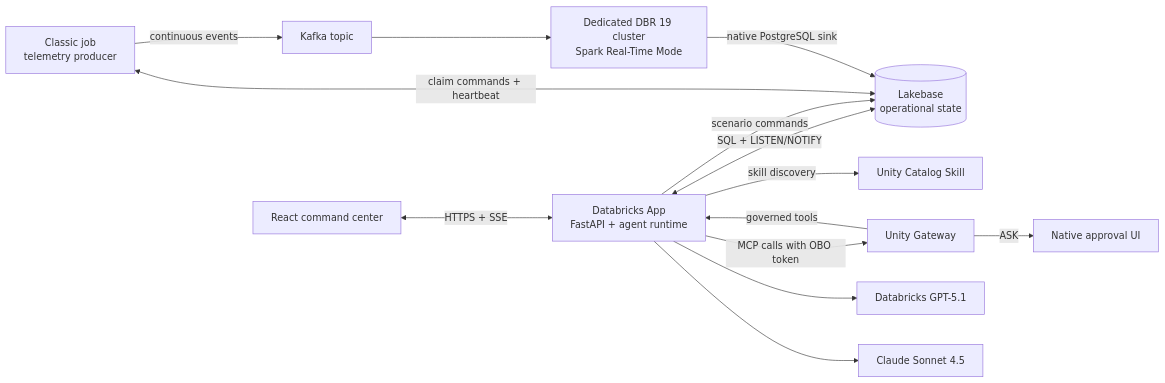
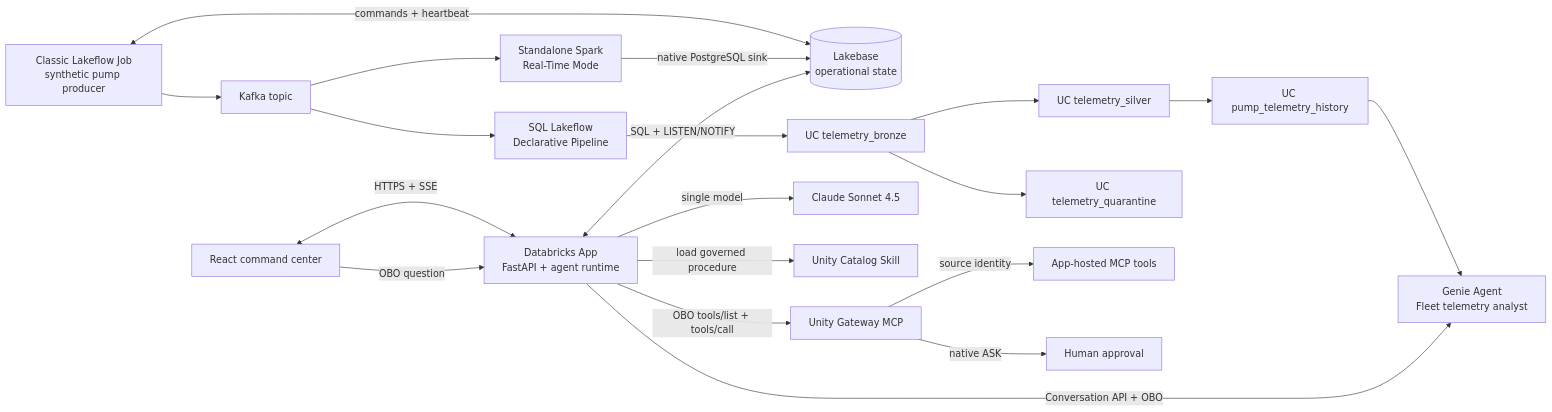
Before and after one commit to dan-keeling-databricks/asset-reliability-command-center-mirror: the diagram in docs/ARCHITECTURE.md, drawn with Mermaid. The commit also changed other lines of this file and 8 other files, not shown here.

Commit message:
docs: reconcile validator architecture and deployment

````diff
--- a/docs/ARCHITECTURE.md
+++ b/docs/ARCHITECTURE.md
@@ -17,16 +16,26 @@
 ```mermaid
 flowchart LR
-    UI[React command center] <-->|HTTPS + SSE| APP[Databricks App\nFastAPI + agent runtime]
-    APP <-->|SQL + LISTEN/NOTIFY| LB[(Lakebase\noperational state)]
-    APP -->|scenario commands| LB
-    PRODUCER[Classic job\ntelemetry producer] -->|continuous events| KAFKA[Kafka topic]
-    PRODUCER <-->|claim commands + heartbeat| LB
-    KAFKA --> RTM[Dedicated DBR 19 cluster\nSpark Real-Time Mode]
+    PRODUCER[Classic Lakeflow Job<br/>synthetic pump producer] --> KAFKA[Kafka topic]
+    PRODUCER <-->|commands + heartbeat| LB[(Lakebase<br/>operational state)]
+
+    KAFKA --> RTM[Standalone Spark<br/>Real-Time Mode]
     RTM -->|native PostgreSQL sink| LB
-    APP -->|skill discovery| SKILL[Unity Catalog Skill]
-    APP -->|MCP calls with OBO token| GW[Unity Gateway]
-    GW -->|governed tools| APP
-    APP --> FAST[Databricks GPT-5.1]
-    APP --> DEEP[Claude Sonnet 4.5]
-    GW -->|ASK| APPROVAL[Native approval UI]
+
+    KAFKA --> LDP[SQL Lakeflow<br/>Declarative Pipeline]
+    LDP --> BRONZE[UC telemetry_bronze]
+    BRONZE --> SILVER[UC telemetry_silver]
+    BRONZE --> QUARANTINE[UC telemetry_quarantine]
+    SILVER --> VIEW[UC pump_telemetry_history]
+    VIEW --> GENIE[Genie Agent<br/>Fleet telemetry analyst]
+
+    UI[React command center] <-->|HTTPS + SSE| APP[Databricks App<br/>FastAPI + agent runtime]
+    APP <-->|SQL + LISTEN/NOTIFY| LB
+    UI -->|OBO question| APP
+    APP -->|Conversation API + OBO| GENIE
+
+    APP -->|single model| SONNET[Claude Sonnet 4.5]
+    APP -->|load governed procedure| SKILL[Unity Catalog Skill]
+    APP -->|OBO tools/list + tools/call| GW[Unity Gateway MCP]
+    GW -->|source identity| MCP[App-hosted MCP tools]
+    GW -->|native ASK| APPROVAL[Human approval]
 ```
````
